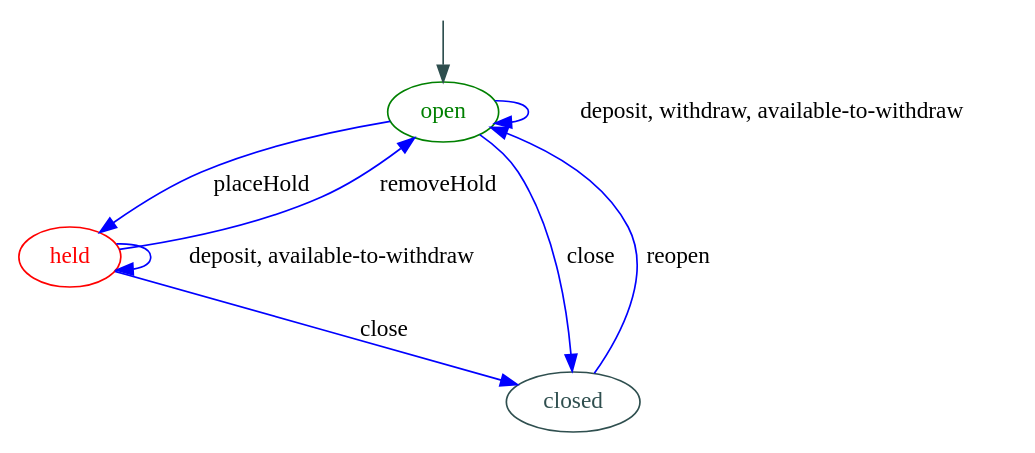
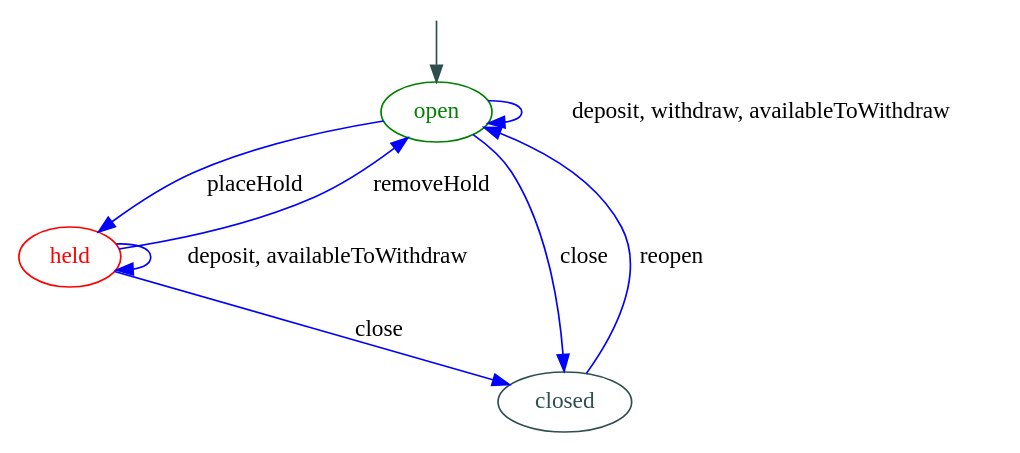
The diagram in artefacts/account-final.gv (raganwald/raganwald.github.com), drawn with Graphviz before and after one commit. The commit also changed 1 other file, not shown here.

```diff
--- a/artefacts/account-final.gv
+++ b/artefacts/account-final.gv
@@ -1,21 +1,21 @@
 digraph Account {
 
   start [label="", fixedsize="false", width=0, height=0, shape=none];
   start -> open [color=darkslategrey];
 
   open [color=green, fontcolor=green];
 
-  open -> open [color=blue, label="deposit, withdraw, available-to-withdraw"];
+  open -> open [color=blue, label="deposit, withdraw, availableToWithdraw"];
   open -> held [color=blue, label="placeHold"];
   open -> closed [color=blue, label="close"];
 
   held [color=red, fontcolor=red];
 
-  held -> held [color=blue, label="deposit, available-to-withdraw"];
+  held -> held [color=blue, label="deposit, availableToWithdraw"];
   held -> open [color=blue, label="removeHold"];
   held -> closed [color=blue, label="close"];
 
   closed [color=darkslategrey, fontcolor=darkslategrey];
 
   closed -> open [color=blue, label="reopen"];
 }
```
